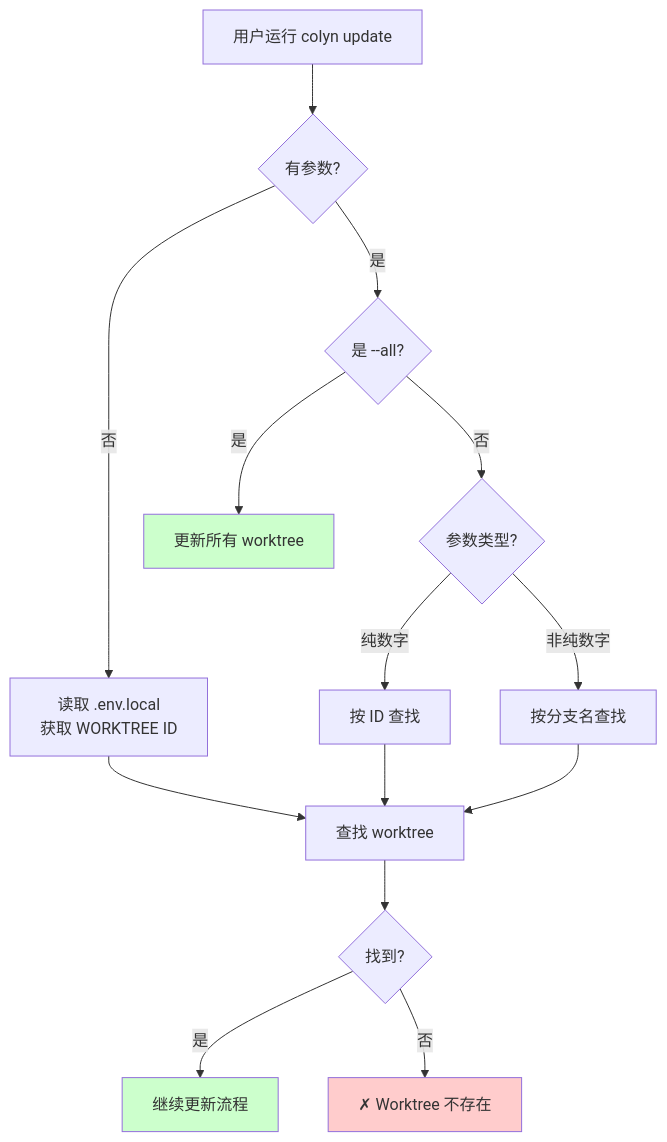
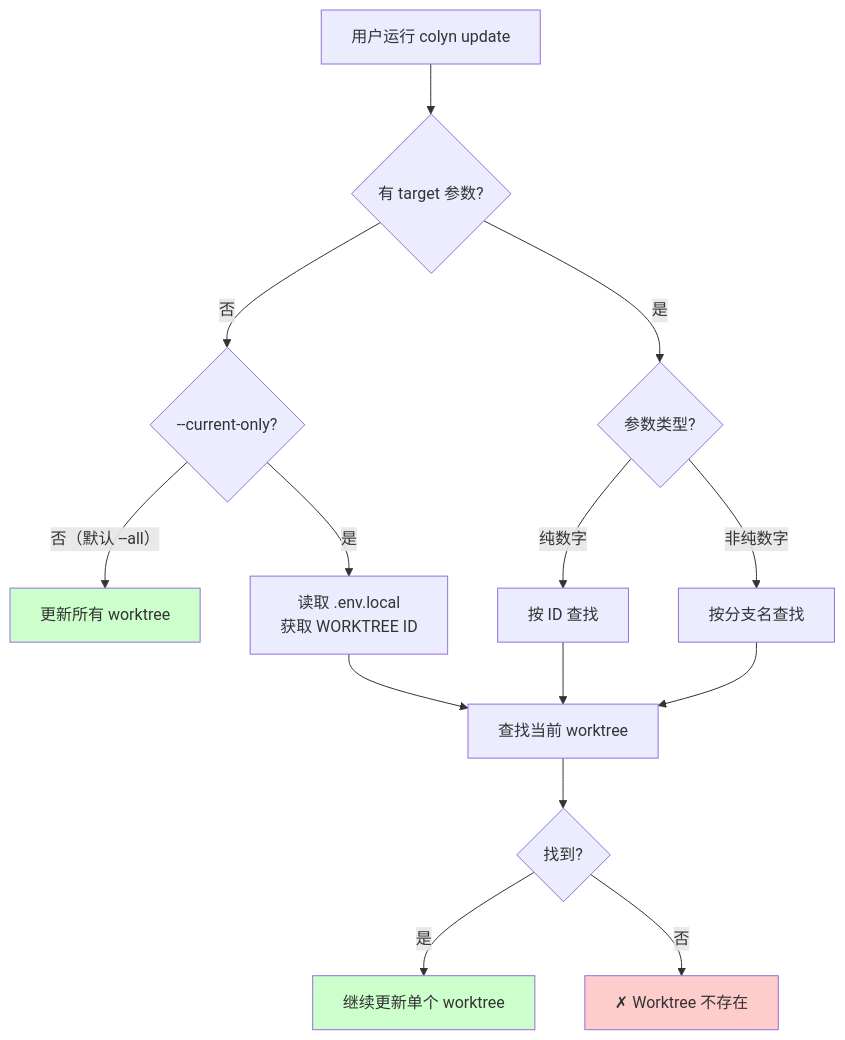
The first of 4 diagrams in docs/zh-CN/develop/design/commands/design-update-command.md (colin-han/colyn), drawn with Mermaid before and after one commit. The commit also changed other lines of this file and 39 other files, not shown here.

````diff
--- a/docs/zh-CN/develop/design/commands/design-update-command.md
+++ b/docs/zh-CN/develop/design/commands/design-update-command.md
@@ -176,25 +228,25 @@
 ```mermaid
 graph TD
-    Start[用户运行 colyn update] --> HasParam{有参数?}
+    Start[用户运行 colyn update] --> HasTarget{有 target 参数?}
 
-    HasParam -->|否| ReadEnv[读取 .env.local<br/>获取 WORKTREE ID]
-    HasParam -->|是| CheckAll{是 --all?}
+    HasTarget -->|是| CheckType{参数类型?}
+    HasTarget -->|否| CheckCurrent{--current-only?}
 
-    CheckAll -->|是| AllWorktrees[更新所有 worktree]
-    CheckAll -->|否| CheckType{参数类型?}
+    CheckCurrent -->|否（默认 --all）| AllWorktrees[更新所有 worktree]
+    CheckCurrent -->|是| ReadEnv[读取 .env.local<br/>获取 WORKTREE ID]
 
     CheckType -->|纯数字| UseId[按 ID 查找]
     CheckType -->|非纯数字| UseBranch[按分支名查找]
 
-    ReadEnv --> FindWT[查找 worktree]
+    ReadEnv --> FindWT[查找当前 worktree]
     UseId --> FindWT
     UseBranch --> FindWT
 
     FindWT --> Found{找到?}
-    Found -->|是| Continue[继续更新流程]
+    Found -->|是| Continue[继续更新单个 worktree]
     Found -->|否| Error[✗ Worktree 不存在]
 
     style Error fill:#ffcccc
     style Continue fill:#ccffcc
     style AllWorktrees fill:#ccffcc
 ```
````
